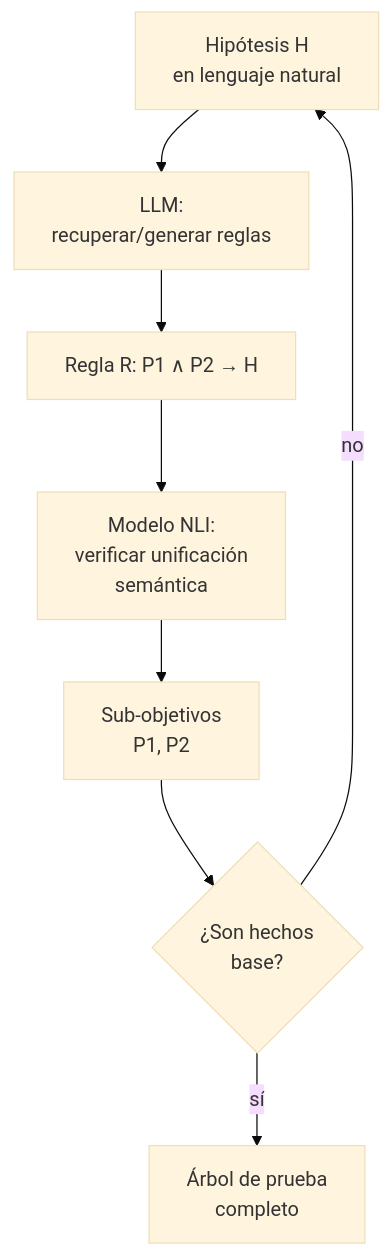
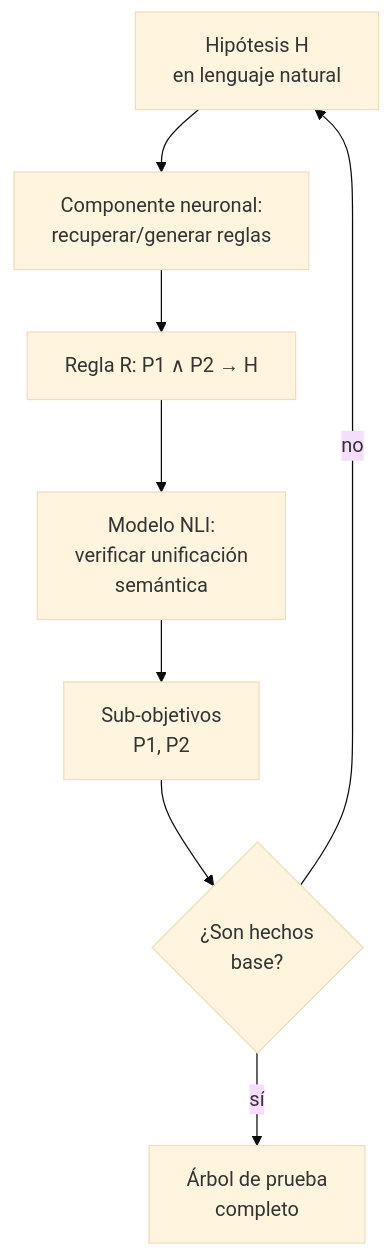
One commit to PachecoE2020/IA-Neurosimb-lica-en-Grandes-Modelos-de-Lenguaje changed the eighth of 9 diagrams in Section3/NeSy-LLM_Use_cases_and_pipelines.md. Above: the diagram before and after it, drawn with Mermaid (base theme). The commit also changed other lines of this file, not shown here.

````diff
--- a/Section3/NeSy-LLM_Use_cases_and_pipelines.md
+++ b/Section3/NeSy-LLM_Use_cases_and_pipelines.md
@@ -515,10 +526,10 @@
 ```mermaid
 flowchart TB
-    A[Hipótesis H<br/>en lenguaje natural] --> B[LLM:<br/>recuperar/generar reglas]
+    A[Hipótesis H<br/>en lenguaje natural] --> B[Componente neuronal:<br/>recuperar/generar reglas]
     B --> C["Regla R: P1 ∧ P2 → H"]
     C --> D[Modelo NLI:<br/>verificar unificación<br/>semántica]
     D --> E[Sub-objetivos<br/>P1, P2]
     E --> F{¿Son hechos<br/>base?}
     F -- no --> A
     F -- sí --> G[Árbol de prueba<br/>completo]
 ```
````
